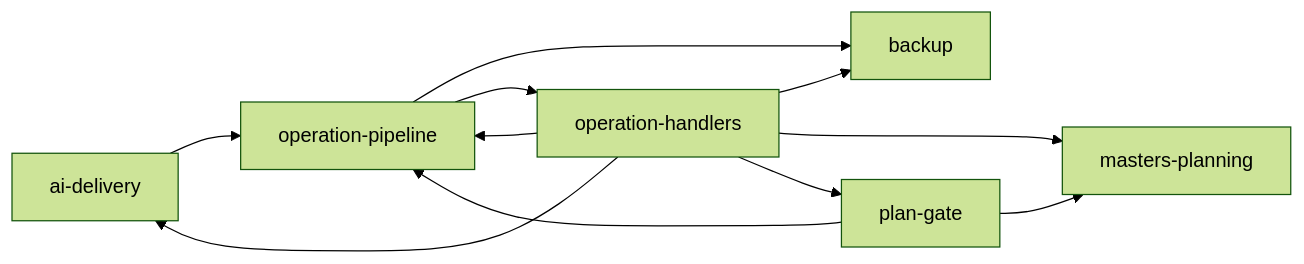
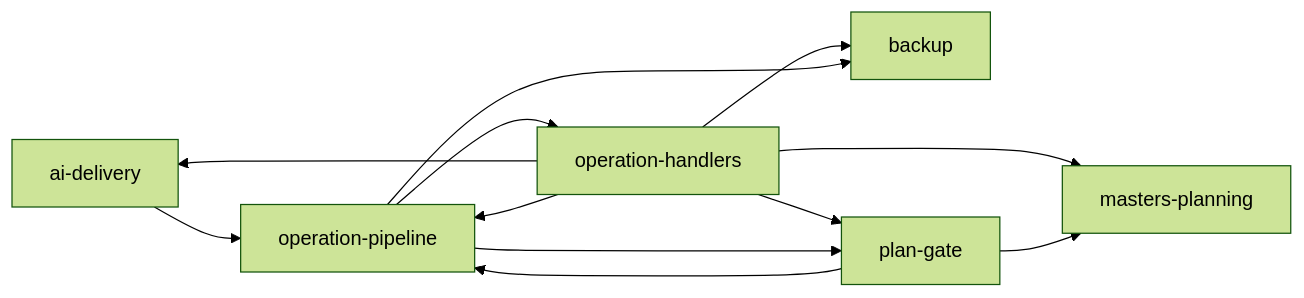
The fourth of 7 diagrams in system/developer/C4.md (Aram164/LearningOS), drawn with Mermaid (forest theme) before and after one commit. The commit also changed 9 other files, not shown here.

````diff
--- a/system/developer/C4.md
+++ b/system/developer/C4.md
@@ -54,19 +54,20 @@
 ```mermaid
 flowchart LR
   ai_delivery["ai-delivery"]
   backup["backup"]
   masters_planning["masters-planning"]
   operation_handlers["operation-handlers"]
   operation_pipeline["operation-pipeline"]
   plan_gate["plan-gate"]
   ai_delivery --> operation_pipeline
   operation_handlers --> ai_delivery
   operation_handlers --> backup
   operation_handlers --> masters_planning
   operation_handlers --> operation_pipeline
   operation_handlers --> plan_gate
   operation_pipeline --> backup
   operation_pipeline --> operation_handlers
+  operation_pipeline --> plan_gate
   plan_gate --> masters_planning
   plan_gate --> operation_pipeline
 ```
````
